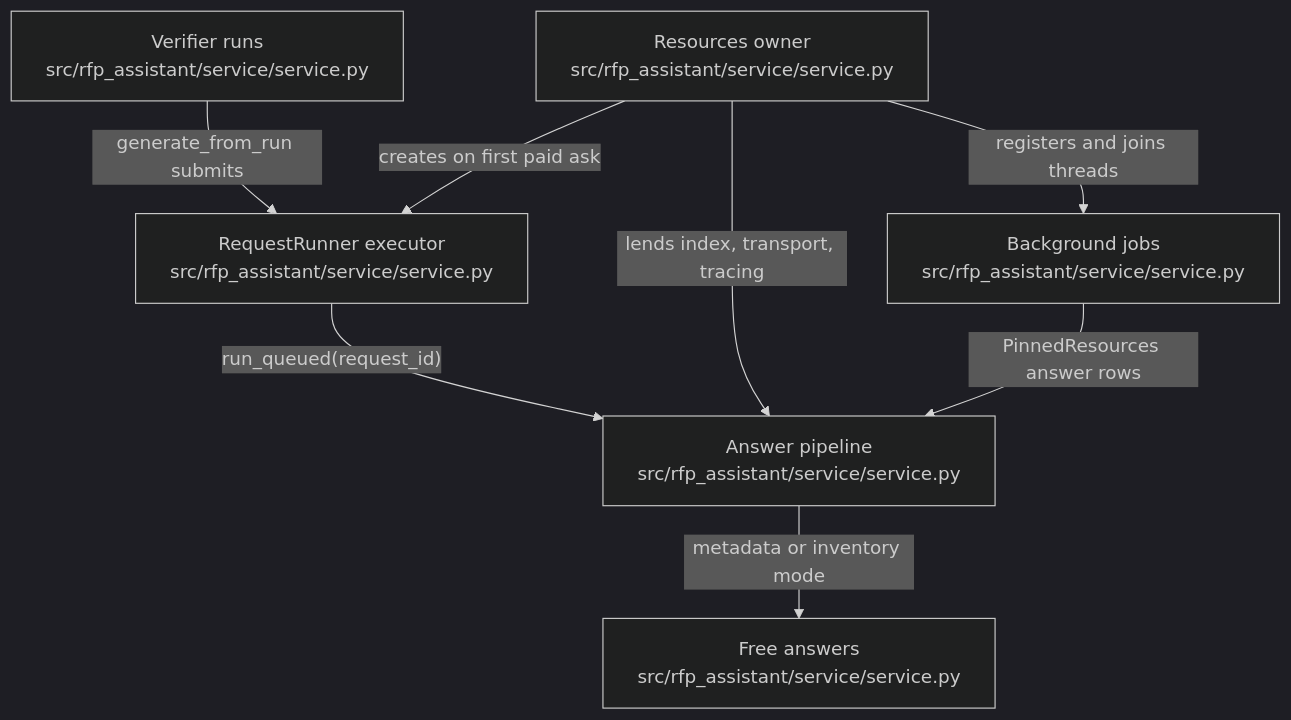
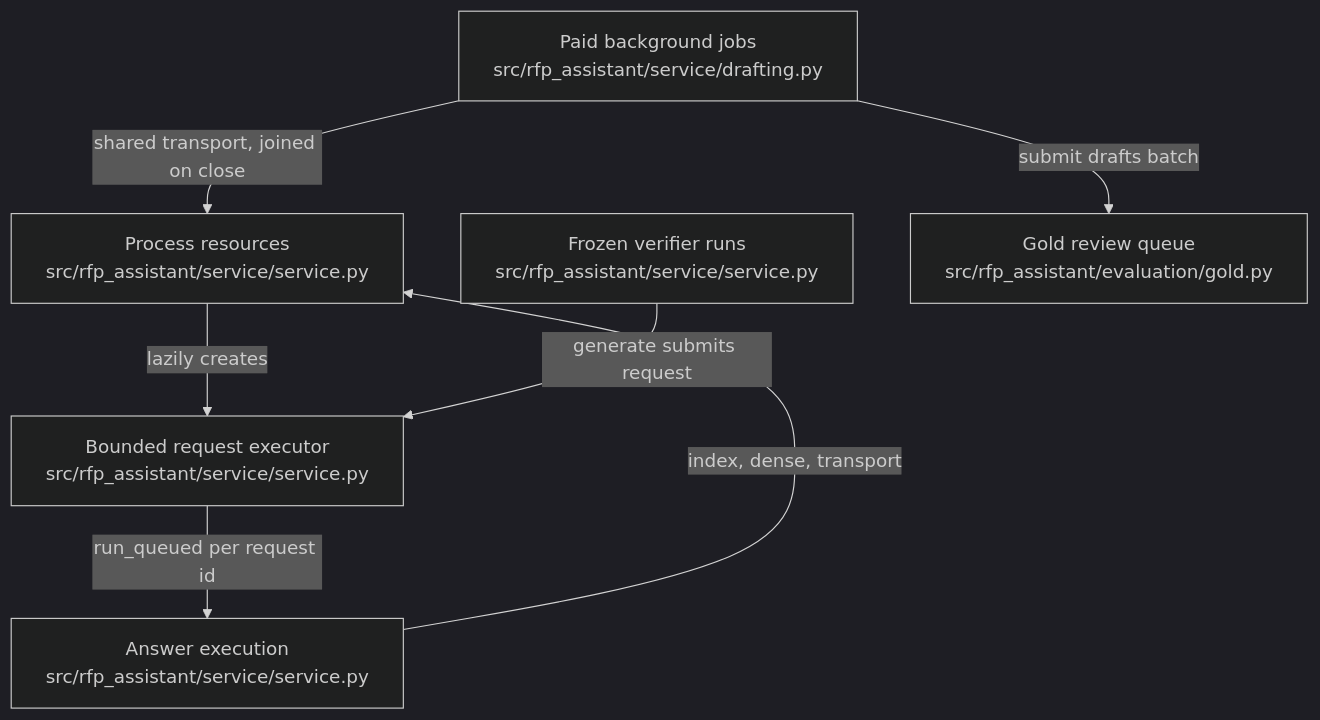
Before and after one commit to littleeeeebit/project-codeit-mid: the diagram in .omm/overall-architecture/service-core/diagram.mmd, drawn with Mermaid (dark theme). The commit also changed 353 other files, not shown here.

```diff
--- a/.omm/overall-architecture/service-core/diagram.mmd
+++ b/.omm/overall-architecture/service-core/diagram.mmd
@@ -1,8 +1,13 @@
 graph TD
-  resources["Resources owner\nsrc/rfp_assistant/service/service.py"] -->|"creates on first paid ask"| request-runner["RequestRunner executor\nsrc/rfp_assistant/service/service.py"]
-  request-runner -->|"run_queued(request_id)"| answer-pipeline["Answer pipeline\nsrc/rfp_assistant/service/service.py"]
-  resources -->|"lends index, transport, tracing"| answer-pipeline
-  answer-pipeline -->|"metadata or inventory mode"| free-answers["Free answers\nsrc/rfp_assistant/service/service.py"]
-  verifier-runs["Verifier runs\nsrc/rfp_assistant/service/service.py"] -->|"generate_from_run submits"| request-runner
-  resources -->|"registers and joins threads"| background-jobs["Background jobs\nsrc/rfp_assistant/service/service.py"]
-  background-jobs -->|"PinnedResources answer rows"| answer-pipeline
+  resources["Process resources\nsrc/rfp_assistant/service/service.py"]
+  request-runner["Bounded request executor\nsrc/rfp_assistant/service/service.py"]
+  answer-pipeline["Answer execution\nsrc/rfp_assistant/service/service.py"]
+  verifier-runs["Frozen verifier runs\nsrc/rfp_assistant/service/service.py"]
+  background-jobs["Paid background jobs\nsrc/rfp_assistant/service/drafting.py"]
+  gold-review["Gold review queue\nsrc/rfp_assistant/evaluation/gold.py"]
+  resources -->|lazily creates| request-runner
+  request-runner -->|run_queued per request id| answer-pipeline
+  answer-pipeline -->|index, dense, transport| resources
+  verifier-runs -->|generate submits request| request-runner
+  background-jobs -->|shared transport, joined on close| resources
+  background-jobs -->|submit drafts batch| gold-review
```
